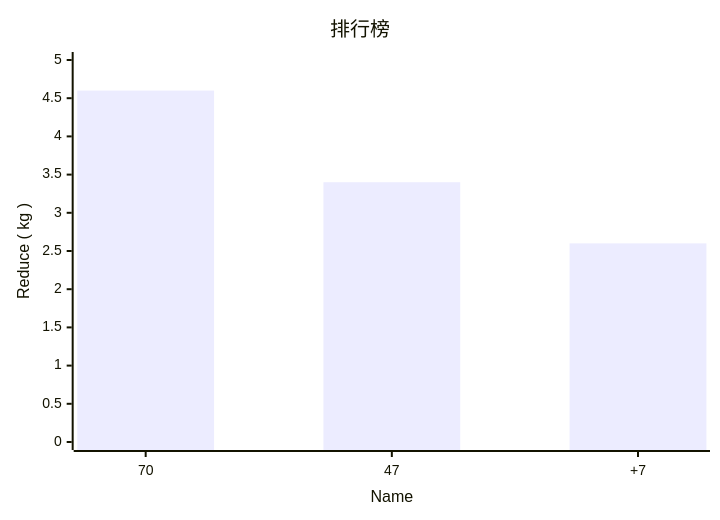
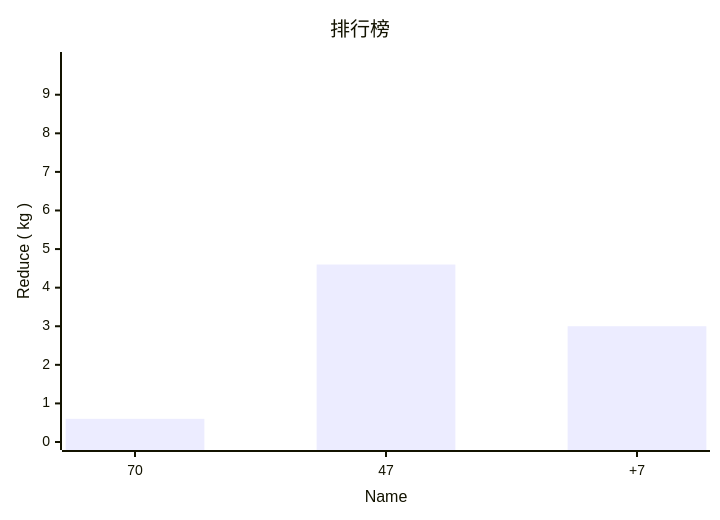
The diagram in docs/gonghui/rank.md (gnakilgnoh/house_of_YuanJQ), drawn with Mermaid before and after one commit. The commit also changed 2 other files, not shown here.

````diff
--- a/docs/gonghui/rank.md
+++ b/docs/gonghui/rank.md
@@ -7,7 +7,7 @@
 ```mermaid
 xychart-beta
     title "排行榜"
     x-axis " Name "[70, 47, +7]
-    y-axis " Reduce ( kg )" 0 --> 5
-    bar [4.6, 3.4, 2.6]
+    y-axis " Reduce ( kg )" 0 --> 9.9
+    bar [0.6, 4.6, 3.0]
 ```
````
